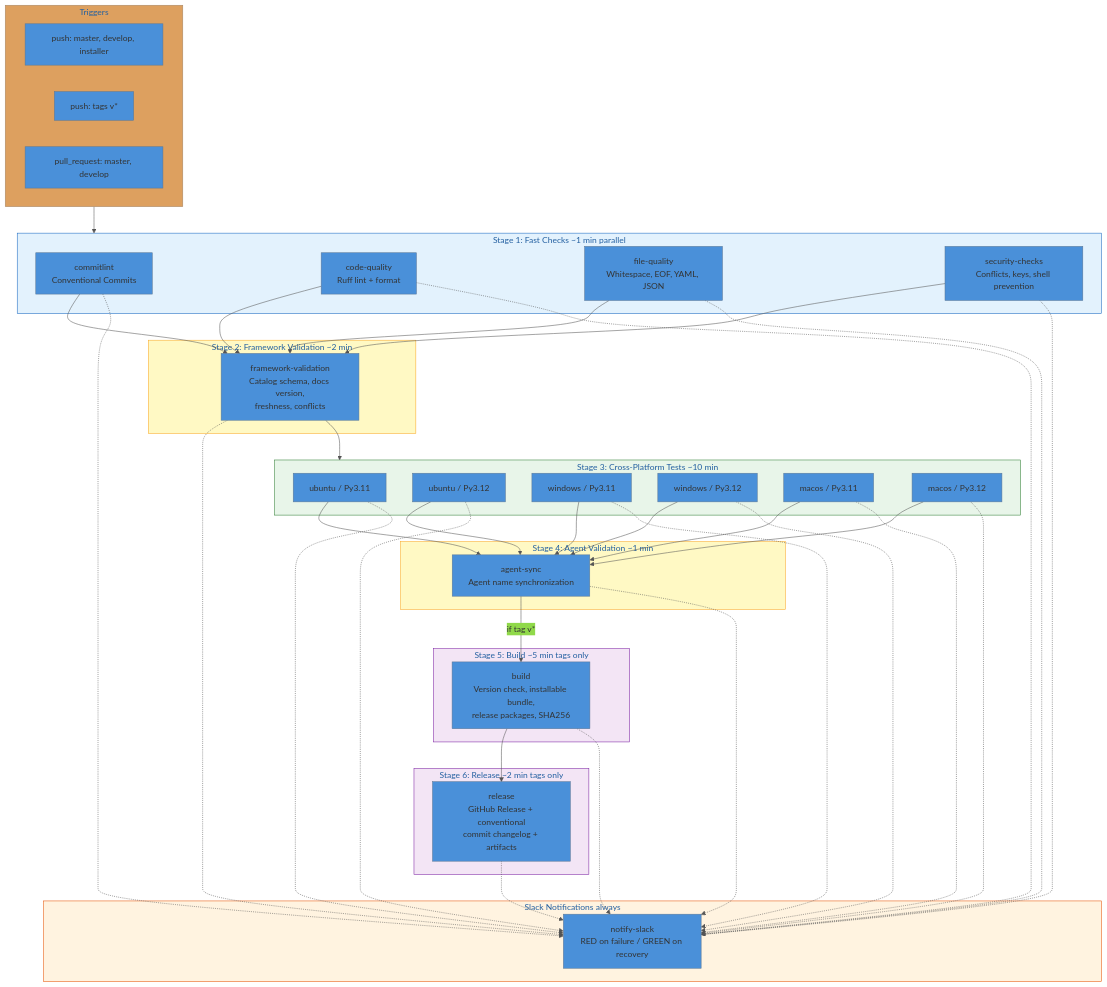
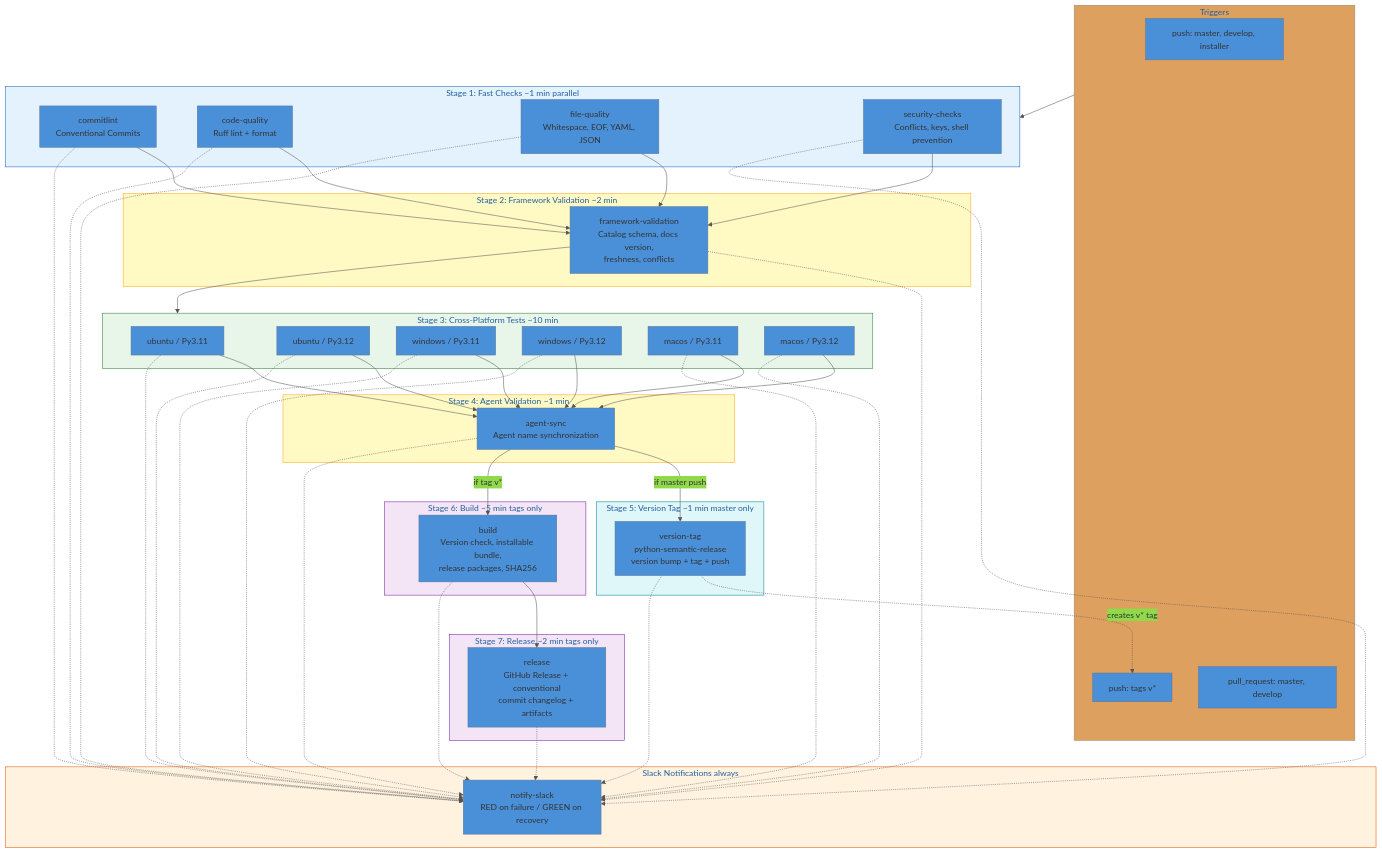
The diagram in .github/workflows/README.md (11PJ11/crafter-ai), drawn with Mermaid before and after one commit. The commit also changed other lines of this file and 8 other files, not shown here.

First line of the commit message:
feat(ci): python-semantic-release single source of truth for versioning

````diff
--- a/.github/workflows/README.md
+++ b/.github/workflows/README.md
@@ -8,66 +8,74 @@
 ```mermaid
 %%{init: {'theme': 'base', 'themeVariables': {'primaryColor': '#4A90D9', 'lineColor': '#555'}}}%%
 flowchart TD
     subgraph trigger["Triggers"]
         T1["push: master, develop, installer"]
         T2["push: tags v*"]
         T3["pull_request: master, develop"]
     end
 
     subgraph stage1["Stage 1: Fast Checks  ~1 min  parallel"]
         style stage1 fill:#E3F2FD,stroke:#1565C0
         CL["commitlint<br/>Conventional Commits"]
         CQ["code-quality<br/>Ruff lint + format"]
         FQ["file-quality<br/>Whitespace, EOF, YAML, JSON"]
         SC["security-checks<br/>Conflicts, keys, shell prevention"]
     end
 
     subgraph stage2["Stage 2: Framework Validation  ~2 min"]
         style stage2 fill:#FFF9C4,stroke:#F9A825
         FV["framework-validation<br/>Catalog schema, docs version,<br/>freshness, conflicts"]
     end
 
     subgraph stage3["Stage 3: Cross-Platform Tests  ~10 min"]
         style stage3 fill:#E8F5E9,stroke:#2E7D32
         T_UL11["ubuntu / Py3.11"]
         T_UL12["ubuntu / Py3.12"]
         T_WL11["windows / Py3.11"]
         T_WL12["windows / Py3.12"]
         T_ML11["macos / Py3.11"]
         T_ML12["macos / Py3.12"]
     end
 
     subgraph stage4["Stage 4: Agent Validation  ~1 min"]
         style stage4 fill:#FFF9C4,stroke:#F9A825
         AS["agent-sync<br/>Agent name synchronization"]
     end
 
-    subgraph stage5["Stage 5: Build  ~5 min  tags only"]
-        style stage5 fill:#F3E5F5,stroke:#7B1FA2
+    subgraph stage5["Stage 5: Version Tag  ~1 min  master only"]
+        style stage5 fill:#E0F7FA,stroke:#00838F
+        VT["version-tag<br/>python-semantic-release<br/>version bump + tag + push"]
+    end
+
+    subgraph stage6["Stage 6: Build  ~5 min  tags only"]
+        style stage6 fill:#F3E5F5,stroke:#7B1FA2
         BD["build<br/>Version check, installable bundle,<br/>release packages, SHA256"]
     end
 
-    subgraph stage6["Stage 6: Release  ~2 min  tags only"]
-        style stage6 fill:#F3E5F5,stroke:#7B1FA2
+    subgraph stage7["Stage 7: Release  ~2 min  tags only"]
+        style stage7 fill:#F3E5F5,stroke:#7B1FA2
         RL["release<br/>GitHub Release + conventional<br/>commit changelog + artifacts"]
     end
 
     subgraph notify["Slack Notifications  always"]
         style notify fill:#FFF3E0,stroke:#E65100
         NS["notify-slack<br/>RED on failure / GREEN on recovery"]
     end
 
     trigger --> stage1
     CL & CQ & FQ & SC --> FV
     FV --> stage3
     T_UL11 & T_UL12 & T_WL11 & T_WL12 & T_ML11 & T_ML12 --> AS
+    AS -->|"if master push"| VT
+    VT -.->|"creates v* tag"| T2
     AS -->|"if tag v*"| BD
     BD --> RL
 
     CL & CQ & FQ & SC -.-> NS
     FV -.-> NS
     T_UL11 & T_UL12 & T_WL11 & T_WL12 & T_ML11 & T_ML12 -.-> NS
     AS -.-> NS
+    VT -.-> NS
     BD -.-> NS
     RL -.-> NS
 ```
````
